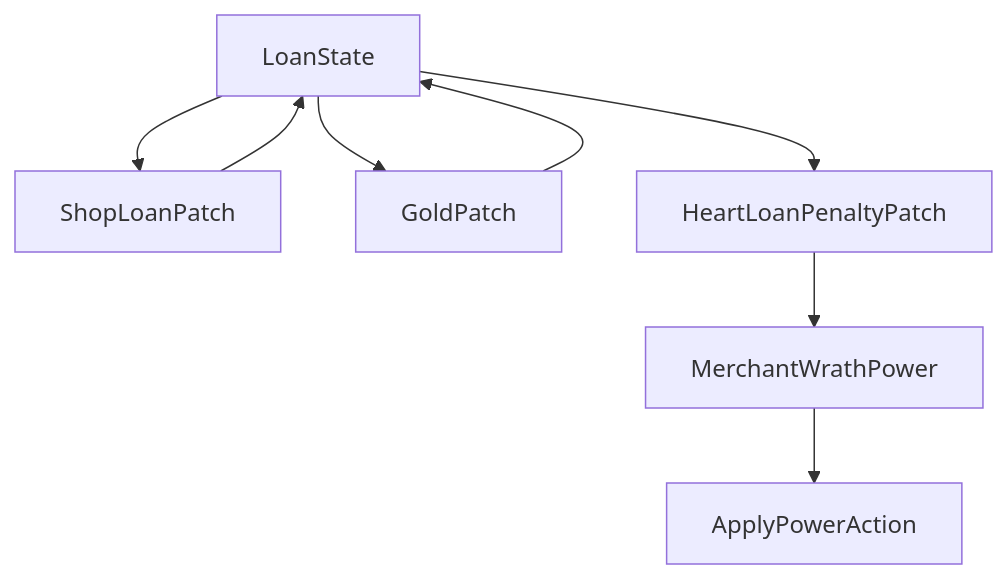
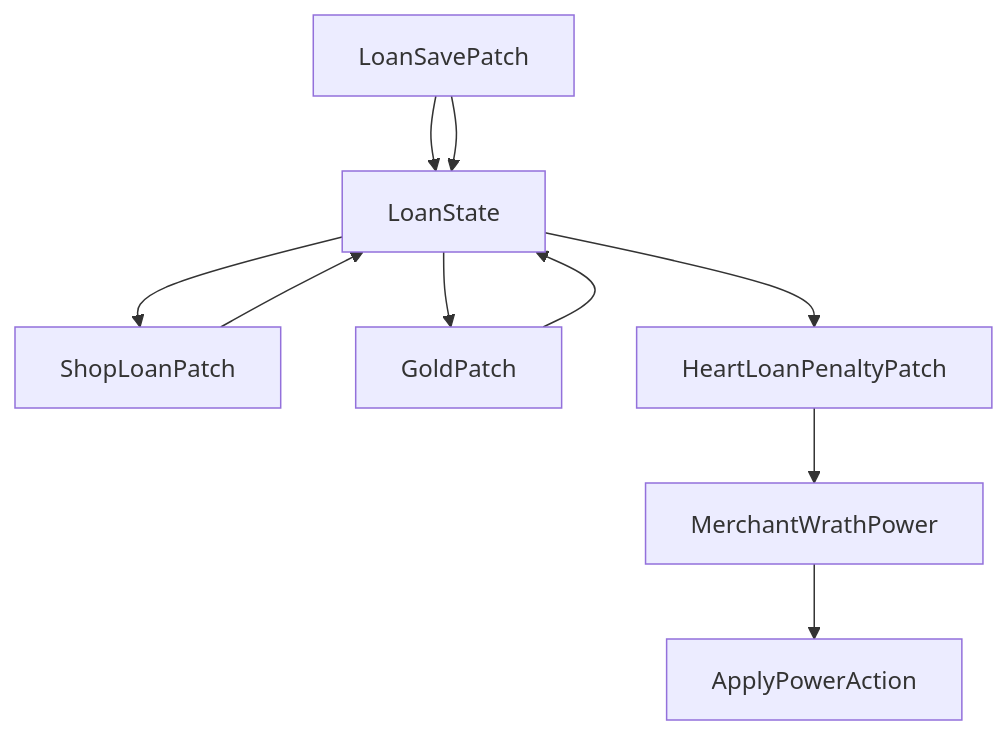
Before and after one commit to StephenZhuang/SpireMod: the ninth of 9 diagrams in .qoder/repowiki/zh/content/状态管理.md, drawn with Mermaid. The commit also changed other lines of this file and 35 other files, not shown here.

````diff
--- a/.qoder/repowiki/zh/content/状态管理.md
+++ b/.qoder/repowiki/zh/content/状态管理.md
@@ -349,10 +563,12 @@
 ```mermaid
 graph TD
 A[LoanState] --> B[ShopLoanPatch]
 A --> C[GoldPatch]
 A --> D[HeartLoanPenaltyPatch]
-E[MerchantWrathPower] --> F[ApplyPowerAction]
-D --> E
+E[LoanSavePatch] --> A
+F[MerchantWrathPower] --> G[ApplyPowerAction]
+D --> F
 B --> A
 C --> A
+E --> A
 ```
````
